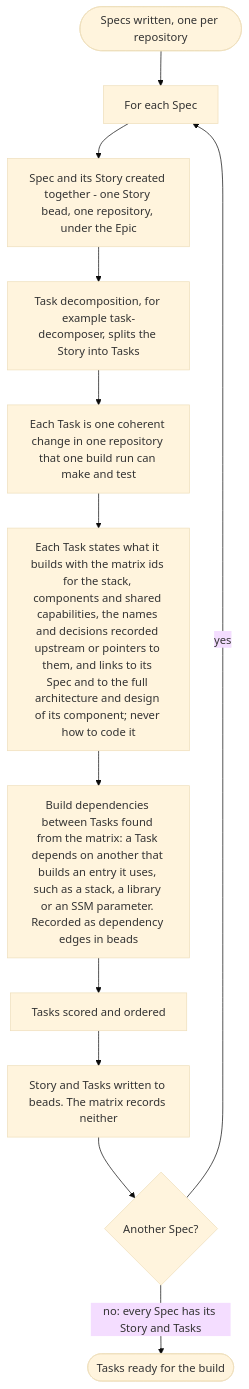
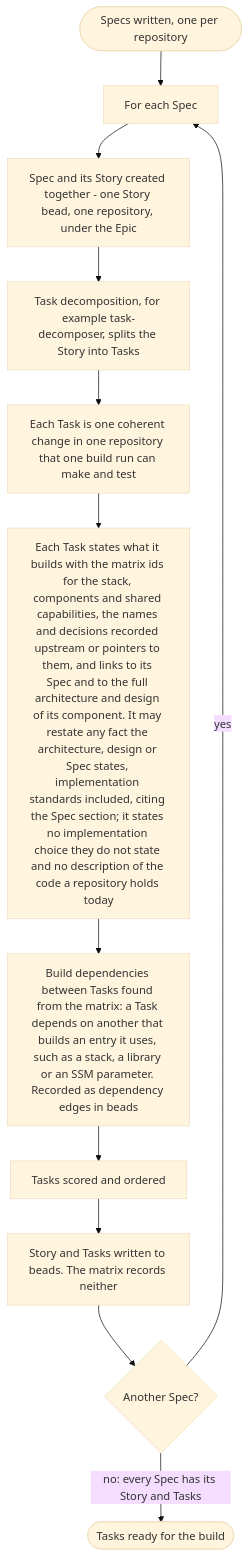
One commit to mark-satterfield/toolset changed the eighth of 8 diagrams in plugins/agent-teams-workforce/blueprint/design/pipelines-elaboration.md. Above: the diagram before and after it, drawn with Mermaid (base theme). The commit also changed 8 other files, not shown here.

Commit message:
fix(agent-teams-workforce): specs and Tasks carry every fact the architecture and design state, implementation standards included

````diff
--- a/plugins/agent-teams-workforce/blueprint/design/pipelines-elaboration.md
+++ b/plugins/agent-teams-workforce/blueprint/design/pipelines-elaboration.md
@@ -686,14 +686,14 @@
 ```mermaid
 flowchart TD
     s(["Specs written, one per repository"]) --> each["For each Spec"]
     each --> story["Spec and its Story created together - one Story bead, one repository, under the Epic"]
     story --> dec["Task decomposition, for example task-decomposer, splits the Story into Tasks"]
     dec --> size["Each Task is one coherent change in one repository that one build run can make and test"]
-    size --> content["Each Task states what it builds with the matrix ids for the stack, components and shared capabilities, the names and decisions recorded upstream or pointers to them, and links to its Spec and to the full architecture and design of its component; never how to code it"]
+    size --> content["Each Task states what it builds with the matrix ids for the stack, components and shared capabilities, the names and decisions recorded upstream or pointers to them, and links to its Spec and to the full architecture and design of its component. It may restate any fact the architecture, design or Spec states, implementation standards included, citing the Spec section; it states no implementation choice they do not state and no description of the code a repository holds today"]
     content --> order["Build dependencies between Tasks found from the matrix: a Task depends on another that builds an entry it uses, such as a stack, a library or an SSM parameter. Recorded as dependency edges in beads"]
     order --> score["Tasks scored and ordered"]
     score --> write["Story and Tasks written to beads. The matrix records neither"]
     write --> more{"Another Spec?"}
     more -->|"yes"| each
     more -->|"no: every Spec has its Story and Tasks"| done(["Tasks ready for the build"])
 ```
````
